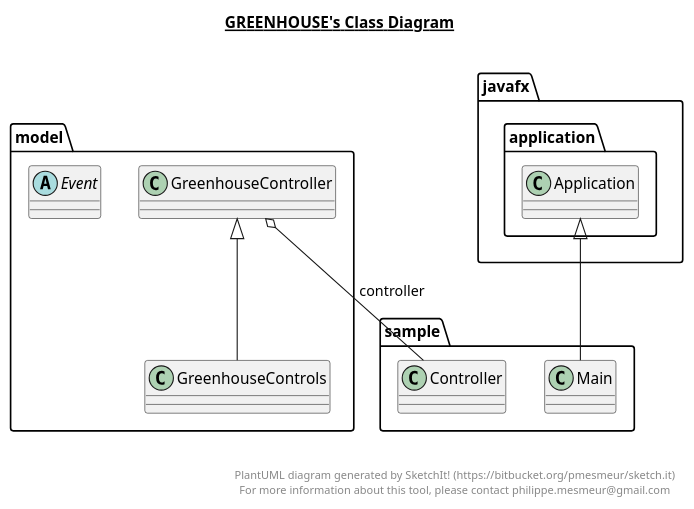
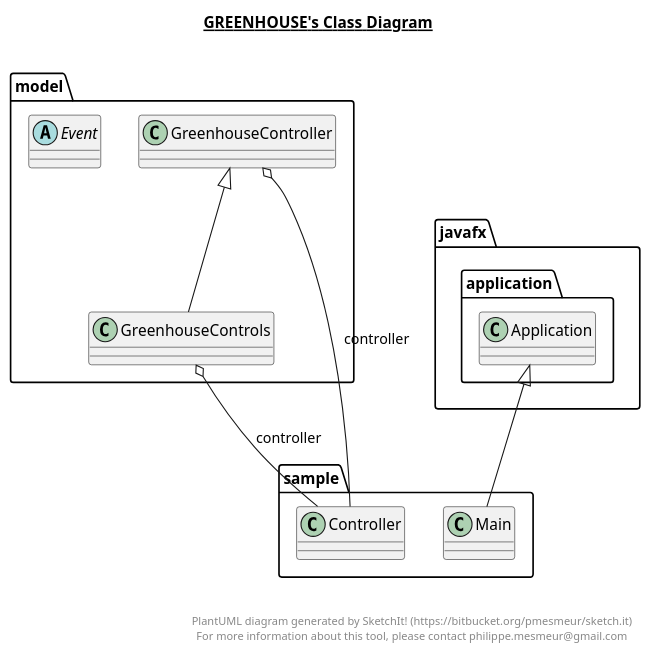
One commit to Mortuumm/GreenHouse changed the diagram in Greenhouse-master/Greenhouse-master.plantuml. Above: the diagram before and after it, drawn with PlantUML. The commit also changed 19 other files, not shown here.

```diff
--- a/Greenhouse-master/Greenhouse-master.plantuml
+++ b/Greenhouse-master/Greenhouse-master.plantuml
@@ -1,47 +1,48 @@
 @startuml
 
 title __GREENHOUSE's Class Diagram__\n
 
   namespace model {
     abstract class model.Event {
     }
   }
   
 
   namespace model {
     class model.GreenhouseController {
     }
   }
   
 
   namespace model {
     class model.GreenhouseControls {
     }
   }
   
 
   namespace sample {
     class sample.Controller {
     }
   }
   
 
   namespace sample {
     class sample.Main {
     }
   }
   
 
   model.GreenhouseController o-- sample.Controller : controller
   model.GreenhouseControls -up-|> model.GreenhouseController
+  model.GreenhouseControls o-- sample.Controller : controller
   sample.Main -up-|> javafx.application.Application
 
 
 right footer
 
 
 PlantUML diagram generated by SketchIt! (https://bitbucket.org/pmesmeur/sketch.it)
 For more information about this tool, please contact philippe.mesmeur@gmail.com
 endfooter
 
 @enduml
```
